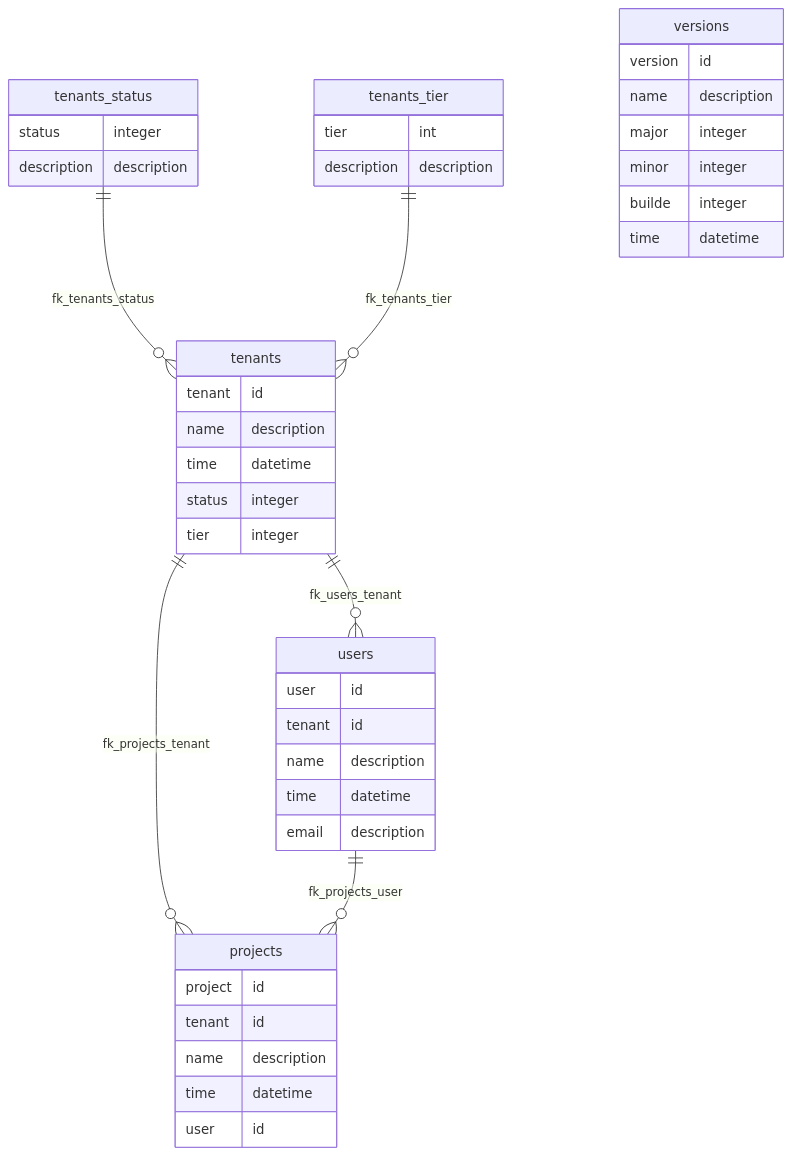
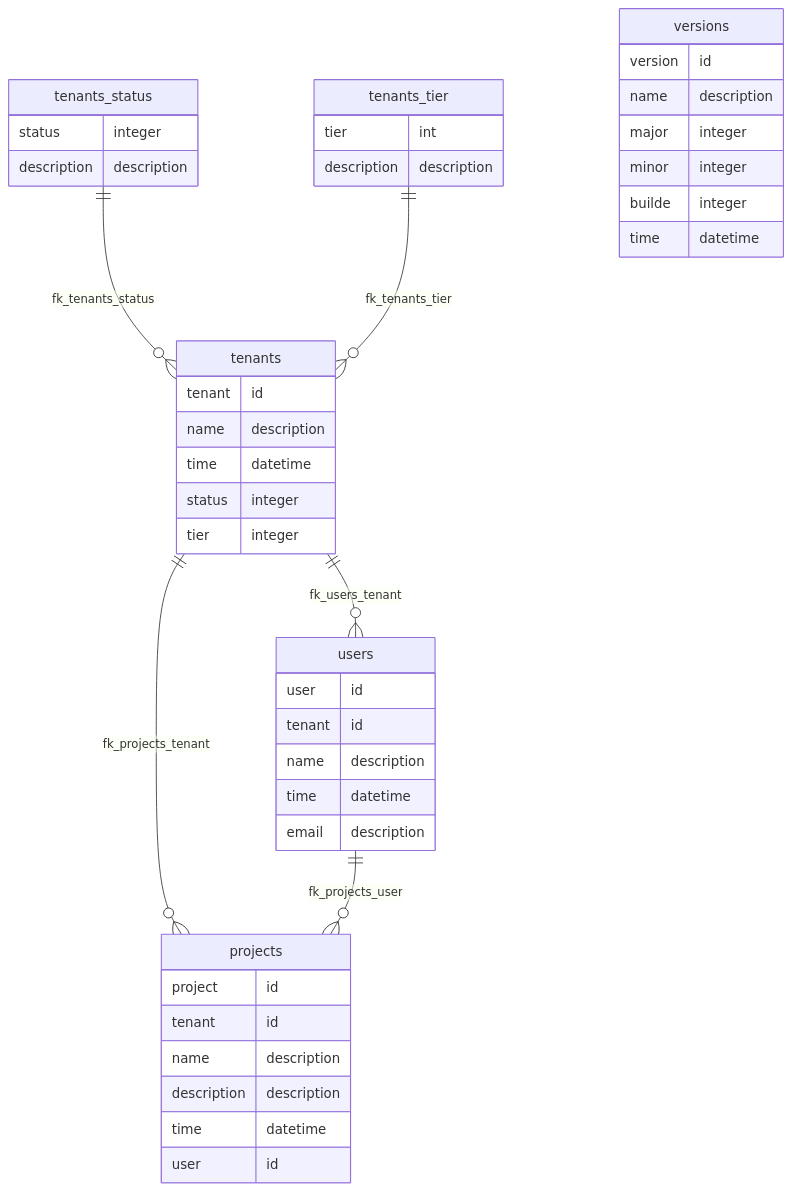
The diagram in database/diagram.md (LVRodrigues/fpa-management), drawn with Mermaid before and after one commit. The commit also changed 7 other files, not shown here.

````diff
--- a/database/diagram.md
+++ b/database/diagram.md
@@ -3,52 +3,53 @@
 ```mermaid
 erDiagram
     tenants_status ||--o{ tenants: fk_tenants_status
     tenants_tier ||--o{ tenants: fk_tenants_tier
     tenants ||--o{ users: fk_users_tenant
 
     tenants ||--o{ projects: fk_projects_tenant
     users ||--o{ projects: fk_projects_user
 
     tenants_status {
         status      integer
         description description
     }
 
     tenants_tier {
         tier        int
         description description
     }
 
     tenants {
         tenant      id
         name        description
         time        datetime
         status      integer
         tier        integer
     }
 
     users {
         user        id
         tenant      id
         name        description
         time        datetime
         email       description
     }
 
     versions {
         version     id
         name        description
         major       integer
         minor       integer
         builde      integer
         time        datetime
     }
 
     projects {
         project     id
         tenant      id
         name        description
+        description description
         time        datetime
         user        id
     }
 ```
````
